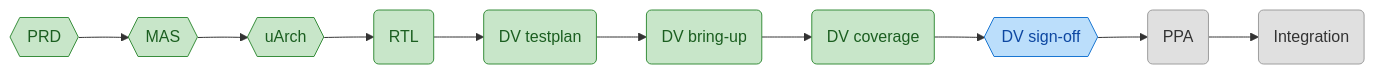
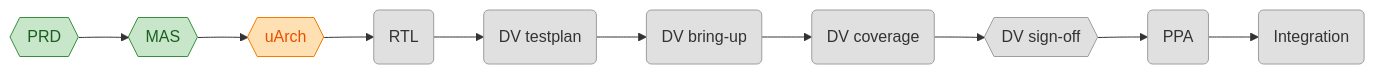
The third of 3 diagrams in hw/PROGRESS.md (matanco64/HWSW_Project), drawn with Mermaid before and after one commit. The commit also changed other lines of this file and 8 other files, not shown here.

````diff
--- a/hw/PROGRESS.md
+++ b/hw/PROGRESS.md
@@ -33,22 +56,22 @@
 ```mermaid
 flowchart LR
     prd{{PRD}}
     mas{{MAS}}
     uarch{{uArch}}
     rtl(RTL)
     dv_testplan(DV testplan)
     dv_bringup(DV bring-up)
     dv_coverage(DV coverage)
     dv_signoff{{DV sign-off}}
     ppa(PPA)
     integration(Integration)
     prd --> mas --> uarch --> rtl --> dv_testplan --> dv_bringup --> dv_coverage --> dv_signoff --> ppa --> integration
     classDef todo fill:#e0e0e0,stroke:#9e9e9e,color:#333
     classDef in_progress fill:#bbdefb,stroke:#1976d2,color:#0d47a1
     classDef review fill:#ffe0b2,stroke:#f57c00,color:#e65100
     classDef done fill:#c8e6c9,stroke:#388e3c,color:#1b5e20
     classDef blocked fill:#ffcdd2,stroke:#d32f2f,color:#b71c1c
-    class ppa,integration todo
-    class dv_signoff in_progress
-    class prd,mas,uarch,rtl,dv_testplan,dv_bringup,dv_coverage done
+    class rtl,dv_testplan,dv_bringup,dv_coverage,dv_signoff,ppa,integration todo
+    class uarch review
+    class prd,mas done
 ```
````
